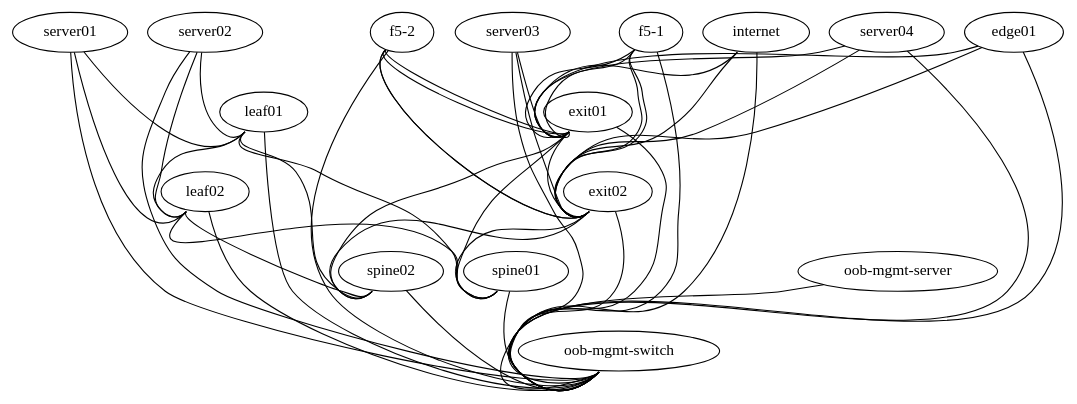
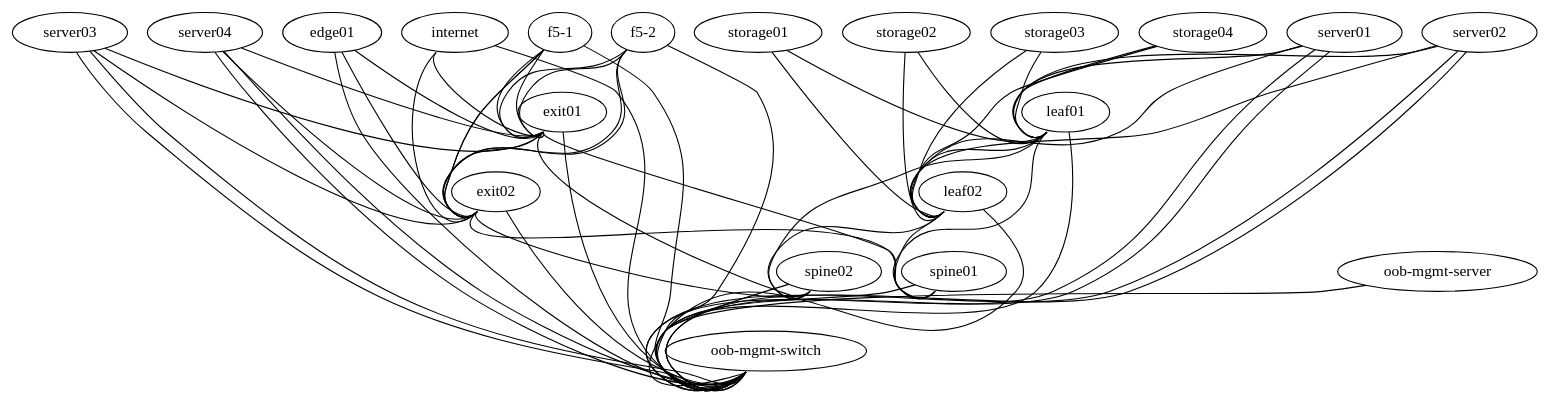
The diagram in topology.dot (OliElli/cumulus-poc), drawn with Graphviz before and after one commit.

Commit message:
Added storage

```diff
--- a/topology.dot
+++ b/topology.dot
@@ -1,72 +1,89 @@
 graph vx {
   "leaf01" [function="leaf" os="CumulusCommunity/cumulus-vx" version="3.7.2" memory="768" config="./helper_scripts/config_switch.sh" ]
   "leaf02" [function="leaf" os="CumulusCommunity/cumulus-vx" version="3.7.2" memory="768" config="./helper_scripts/config_switch.sh" ]
   "spine01" [function="spine" os="CumulusCommunity/cumulus-vx" version="3.7.2" memory="768" config="./helper_scripts/config_switch.sh" ]
   "spine02" [function="spine" os="CumulusCommunity/cumulus-vx" version="3.7.2" memory="768" config="./helper_scripts/config_switch.sh" ]
   "exit01" [function="exit" os="CumulusCommunity/cumulus-vx" version="3.7.2" memory="768" config="./helper_scripts/config_switch.sh" ]
   "exit02" [function="exit" os="CumulusCommunity/cumulus-vx" version="3.7.2" memory="768" config="./helper_scripts/config_switch.sh" ]
   "server01" [function="host" os="yk0/ubuntu-xenial" memory="512" config="./helper_scripts/config_server.sh" ]
   "server02" [function="host" os="yk0/ubuntu-xenial" memory="512" config="./helper_scripts/config_server.sh" ]
   "server03" [function="host" os="yk0/ubuntu-xenial" memory="512" config="./helper_scripts/config_server.sh" ]
   "server04" [function="host" os="yk0/ubuntu-xenial" memory="512" config="./helper_scripts/config_server.sh" ]
   "edge01" [function="host" os="yk0/ubuntu-xenial" memory="768" config="./helper_scripts/config_server.sh" ]
   "internet" [function="internet" vagrant="swp48" os="CumulusCommunity/cumulus-vx" version="3.7.2" memory="768" config="./helper_scripts/config_internet.sh" ]
   "oob-mgmt-switch" [function="oob-switch" vagrant="eth0" os="CumulusCommunity/cumulus-vx" version="3.7.2" memory="768" config="./helper_scripts/config_oob_switch.sh" ]
   "oob-mgmt-server" [function="oob-server" vagrant="eth0" os="CumulusCommunity/vx_oob_server" version="1.0.4" memory="1024" config="./helper_scripts/config_oob_server.sh" ]
   "f5-1" [function="exit" os="CumulusCommunity/cumulus-vx" version="3.7.2" memory="768" config="./helper_scripts/config_switch.sh" ]
   "f5-2" [function="exit" os="CumulusCommunity/cumulus-vx" version="3.7.2" memory="768" config="./helper_scripts/config_switch.sh" ]
+  "storage01" [function="host" os="yk0/ubuntu-xenial" memory="512" config="./helper_scripts/config_server.sh" ]
+  "storage02" [function="host" os="yk0/ubuntu-xenial" memory="512" config="./helper_scripts/config_server.sh" ]
+  "storage03" [function="host" os="yk0/ubuntu-xenial" memory="512" config="./helper_scripts/config_server.sh" ]
+  "storage04" [function="host" os="yk0/ubuntu-xenial" memory="512" config="./helper_scripts/config_server.sh" ]
 
   "leaf01":"swp56" -- "spine01":"swp1"
   "leaf02":"swp56" -- "spine01":"swp2"
   "leaf01":"swp55" -- "spine02":"swp1"
   "leaf02":"swp55" -- "spine02":"swp2"
 
   "leaf01":"swp54" -- "leaf02":"swp54"
   "exit01":"swp54" -- "exit02":"swp54"
 
   "server01":"eth1" -- "leaf01":"swp1" [left_mac="00:03:00:11:11:01"]
   "server01":"eth2" -- "leaf02":"swp1" [left_mac="00:03:00:11:11:02"]
   "server02":"eth1" -- "leaf01":"swp2" [left_mac="00:03:00:22:22:01"]
   "server02":"eth2" -- "leaf02":"swp2" [left_mac="00:03:00:22:22:02"]
   "server03":"eth1" -- "exit01":"swp11" [left_mac="00:03:00:33:33:01"]
   "server03":"eth2" -- "exit02":"swp11" [left_mac="00:03:00:33:33:02"]
   "server04":"eth1" -- "exit01":"swp12" [left_mac="00:03:00:44:44:01"]
   "server04":"eth2" -- "exit02":"swp12" [left_mac="00:03:00:44:44:02"]
+
+  "storage01":"eth1" -- "leaf01":"swp3" [left_mac="00:04:00:11:11:01"]
+  "storage01":"eth2" -- "leaf02":"swp3" [left_mac="00:04:00:11:11:02"]
+  "storage02":"eth1" -- "leaf01":"swp4" [left_mac="00:04:00:22:22:01"]
+  "storage02":"eth2" -- "leaf02":"swp4" [left_mac="00:04:00:22:22:02"]
+  "storage03":"eth1" -- "leaf01":"swp5" [left_mac="00:04:00:11:11:01"]
+  "storage03":"eth2" -- "leaf02":"swp5" [left_mac="00:04:00:11:11:02"]
+  "storage04":"eth1" -- "leaf01":"swp6" [left_mac="00:04:00:22:22:01"]
+  "storage04":"eth2" -- "leaf02":"swp6" [left_mac="00:04:00:22:22:02"]
 
   "exit01":"swp56" -- "spine01":"swp30"
   "exit01":"swp55" -- "spine02":"swp30"
   "exit02":"swp56" -- "spine01":"swp29"
   "exit02":"swp55" -- "spine02":"swp29"
 
   "internet":"swp1" -- "exit01":"swp1"
   "internet":"swp2" -- "exit02":"swp1"
 
   "edge01":"eth1" -- "exit01":"swp10"
   "edge01":"eth2" -- "exit02":"swp10"
 
   "f5-1":"swp1" -- "exit01":"swp3"
   "f5-1":"swp2" -- "exit01":"swp4"
   "f5-1":"swp3" -- "exit02":"swp3"
   "f5-1":"swp4" -- "exit02":"swp4"
   
   "f5-2":"swp1" -- "exit01":"swp5"
   "f5-2":"swp2" -- "exit01":"swp6"
   "f5-2":"swp3" -- "exit02":"swp5"
   "f5-2":"swp4" -- "exit02":"swp6"
 
   "oob-mgmt-server":"eth1" -- "oob-mgmt-switch":"swp1" [right_mac="a0:00:00:00:00:61"]
   "server01":"eth0" -- "oob-mgmt-switch":"swp2" [left_mac="a0:00:00:00:00:31"]
   "server02":"eth0" -- "oob-mgmt-switch":"swp3" [left_mac="a0:00:00:00:00:32"]
   "server03":"eth0" -- "oob-mgmt-switch":"swp4" [left_mac="a0:00:00:00:00:33"]
   "server04":"eth0" -- "oob-mgmt-switch":"swp5" [left_mac="a0:00:00:00:00:34"]
   "leaf01":"eth0" -- "oob-mgmt-switch":"swp6" [left_mac="a0:00:00:00:00:11"]
   "leaf02":"eth0" -- "oob-mgmt-switch":"swp7" [left_mac="a0:00:00:00:00:12"]
-  "spine01":"eth0" -- "oob-mgmt-switch":"swp10" [left_mac="a0:00:00:00:00:21"]
-  "spine02":"eth0" -- "oob-mgmt-switch":"swp11" [left_mac="a0:00:00:00:00:22"]
-  "exit01":"eth0" -- "oob-mgmt-switch":"swp12" [left_mac="a0:00:00:00:00:41"]
-  "exit02":"eth0" -- "oob-mgmt-switch":"swp13" [left_mac="a0:00:00:00:00:42"]
-  "edge01":"eth0" -- "oob-mgmt-switch":"swp14" [left_mac="a0:00:00:00:00:51"]
-  "internet":"eth0" -- "oob-mgmt-switch":"swp15" [left_mac="a0:00:00:00:00:50"]
-  "f5-1":"eth0" -- "oob-mgmt-switch":"swp16" [left_mac="a0:00:00:00:00:71"]
-  "f5-2":"eth0" -- "oob-mgmt-switch":"swp17" [left_mac="a0:00:00:00:00:72"]
+  "spine01":"eth0" -- "oob-mgmt-switch":"swp8" [left_mac="a0:00:00:00:00:21"]
+  "spine02":"eth0" -- "oob-mgmt-switch":"swp9" [left_mac="a0:00:00:00:00:22"]
+  "exit01":"eth0" -- "oob-mgmt-switch":"swp10" [left_mac="a0:00:00:00:00:41"]
+  "exit02":"eth0" -- "oob-mgmt-switch":"swp11" [left_mac="a0:00:00:00:00:42"]
+  "edge01":"eth0" -- "oob-mgmt-switch":"swp12" [left_mac="a0:00:00:00:00:51"]
+  "internet":"eth0" -- "oob-mgmt-switch":"swp13" [left_mac="a0:00:00:00:00:50"]
+  "f5-1":"eth0" -- "oob-mgmt-switch":"swp14" [left_mac="a0:00:00:00:00:71"]
+  "f5-2":"eth0" -- "oob-mgmt-switch":"swp15" [left_mac="a0:00:00:00:00:72"]
+  "server01":"eth0" -- "oob-mgmt-switch":"swp16" [left_mac="a0:00:00:00:00:81"]
+  "server02":"eth0" -- "oob-mgmt-switch":"swp17" [left_mac="a0:00:00:00:00:82"]
+  "server03":"eth0" -- "oob-mgmt-switch":"swp18" [left_mac="a0:00:00:00:00:83"]
+  "server04":"eth0" -- "oob-mgmt-switch":"swp19" [left_mac="a0:00:00:00:00:84"]
 }
```
